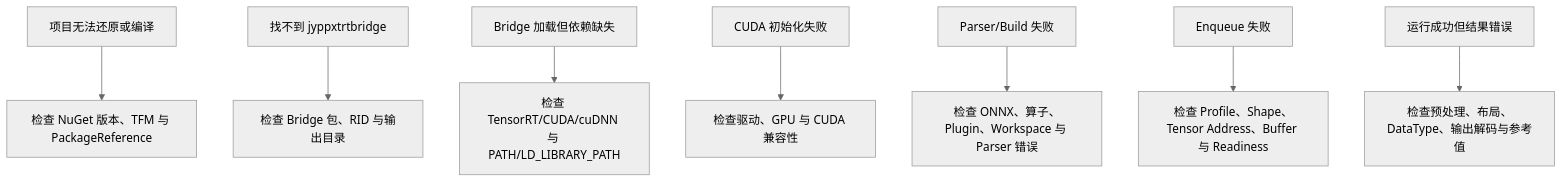
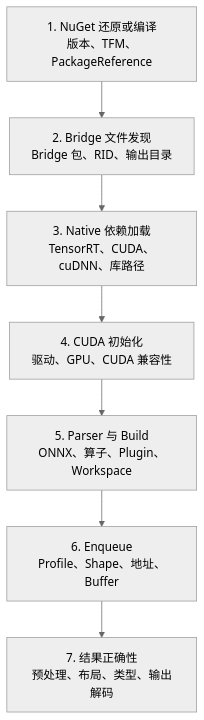
One commit to guojin-yan/TensorRT-CSharp-API changed the third of 3 diagrams in docs/articles/zh-cn/01-release/2026/2026-08-10-tensorrtsharp-4.0.0.md. Above: the diagram before and after it, drawn with Mermaid (neutral theme). The commit also changed other lines of this file, not shown here.

Commit message:
docs: narrow release troubleshooting flowchart

````diff
--- a/docs/articles/zh-cn/01-release/2026/2026-08-10-tensorrtsharp-4.0.0.md
+++ b/docs/articles/zh-cn/01-release/2026/2026-08-10-tensorrtsharp-4.0.0.md
@@ -883,10 +885,12 @@
 ```mermaid
 flowchart TD
-    A["项目无法还原或编译"] --> B["检查 NuGet 版本、TFM 与 PackageReference"]
-    C["找不到 jyppxtrtbridge"] --> D["检查 Bridge 包、RID 与输出目录"]
-    E["Bridge 加载但依赖缺失"] --> F["检查 TensorRT/CUDA/cuDNN 与 PATH/LD_LIBRARY_PATH"]
-    G["CUDA 初始化失败"] --> H["检查驱动、GPU 与 CUDA 兼容性"]
-    I["Parser/Build 失败"] --> J["检查 ONNX、算子、Plugin、Workspace 与 Parser 错误"]
-    K["Enqueue 失败"] --> L["检查 Profile、Shape、Tensor Address、Buffer 与 Readiness"]
-    M["运行成功但结果错误"] --> N["检查预处理、布局、DataType、输出解码与参考值"]
+    A["1. NuGet 还原或编译<br/>版本、TFM、PackageReference"]
+    B["2. Bridge 文件发现<br/>Bridge 包、RID、输出目录"]
+    C["3. Native 依赖加载<br/>TensorRT、CUDA、cuDNN、库路径"]
+    D["4. CUDA 初始化<br/>驱动、GPU、CUDA 兼容性"]
+    E["5. Parser 与 Build<br/>ONNX、算子、Plugin、Workspace"]
+    F["6. Enqueue<br/>Profile、Shape、地址、Buffer"]
+    G["7. 结果正确性<br/>预处理、布局、类型、输出解码"]
+
+    A --> B --> C --> D --> E --> F --> G
 ```
````
